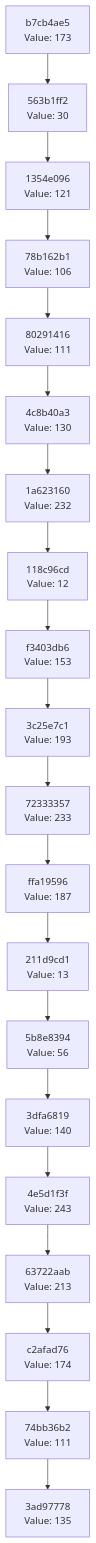
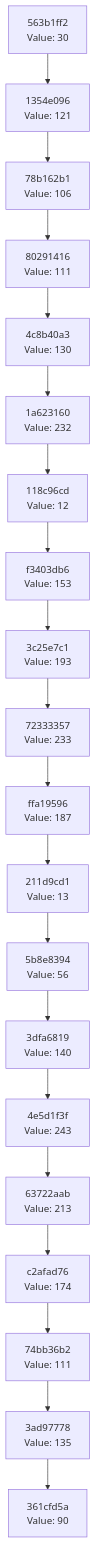
Before and after one commit to Abhisheksinha1506/hash-chain-evolver: the diagram in docs/CHAIN_VISUALIZATION.md, drawn with Mermaid. The commit also changed 3 other files, not shown here.

````diff
--- a/docs/CHAIN_VISUALIZATION.md
+++ b/docs/CHAIN_VISUALIZATION.md
@@ -3,42 +3,42 @@
 ```mermaid
 graph TD
-    C0["3ad97778<br/>Value: 135"]
-    C1["74bb36b2<br/>Value: 111"]
+    C0["361cfd5a<br/>Value: 90"]
+    C1["3ad97778<br/>Value: 135"]
     C1 --> C0
-    C2["c2afad76<br/>Value: 174"]
+    C2["74bb36b2<br/>Value: 111"]
     C2 --> C1
-    C3["63722aab<br/>Value: 213"]
+    C3["c2afad76<br/>Value: 174"]
     C3 --> C2
-    C4["4e5d1f3f<br/>Value: 243"]
+    C4["63722aab<br/>Value: 213"]
     C4 --> C3
-    C5["3dfa6819<br/>Value: 140"]
+    C5["4e5d1f3f<br/>Value: 243"]
     C5 --> C4
-    C6["5b8e8394<br/>Value: 56"]
+    C6["3dfa6819<br/>Value: 140"]
     C6 --> C5
-    C7["211d9cd1<br/>Value: 13"]
+    C7["5b8e8394<br/>Value: 56"]
     C7 --> C6
-    C8["ffa19596<br/>Value: 187"]
+    C8["211d9cd1<br/>Value: 13"]
     C8 --> C7
-    C9["72333357<br/>Value: 233"]
+    C9["ffa19596<br/>Value: 187"]
     C9 --> C8
-    C10["3c25e7c1<br/>Value: 193"]
+    C10["72333357<br/>Value: 233"]
     C10 --> C9
-    C11["f3403db6<br/>Value: 153"]
+    C11["3c25e7c1<br/>Value: 193"]
     C11 --> C10
-    C12["118c96cd<br/>Value: 12"]
+    C12["f3403db6<br/>Value: 153"]
     C12 --> C11
-    C13["1a623160<br/>Value: 232"]
+    C13["118c96cd<br/>Value: 12"]
     C13 --> C12
-    C14["4c8b40a3<br/>Value: 130"]
+    C14["1a623160<br/>Value: 232"]
     C14 --> C13
-    C15["80291416<br/>Value: 111"]
+    C15["4c8b40a3<br/>Value: 130"]
     C15 --> C14
-    C16["78b162b1<br/>Value: 106"]
+    C16["80291416<br/>Value: 111"]
     C16 --> C15
-    C17["1354e096<br/>Value: 121"]
+    C17["78b162b1<br/>Value: 106"]
     C17 --> C16
-    C18["563b1ff2<br/>Value: 30"]
+    C18["1354e096<br/>Value: 121"]
     C18 --> C17
-    C19["b7cb4ae5<br/>Value: 173"]
+    C19["563b1ff2<br/>Value: 30"]
     C19 --> C18
 ```
````
